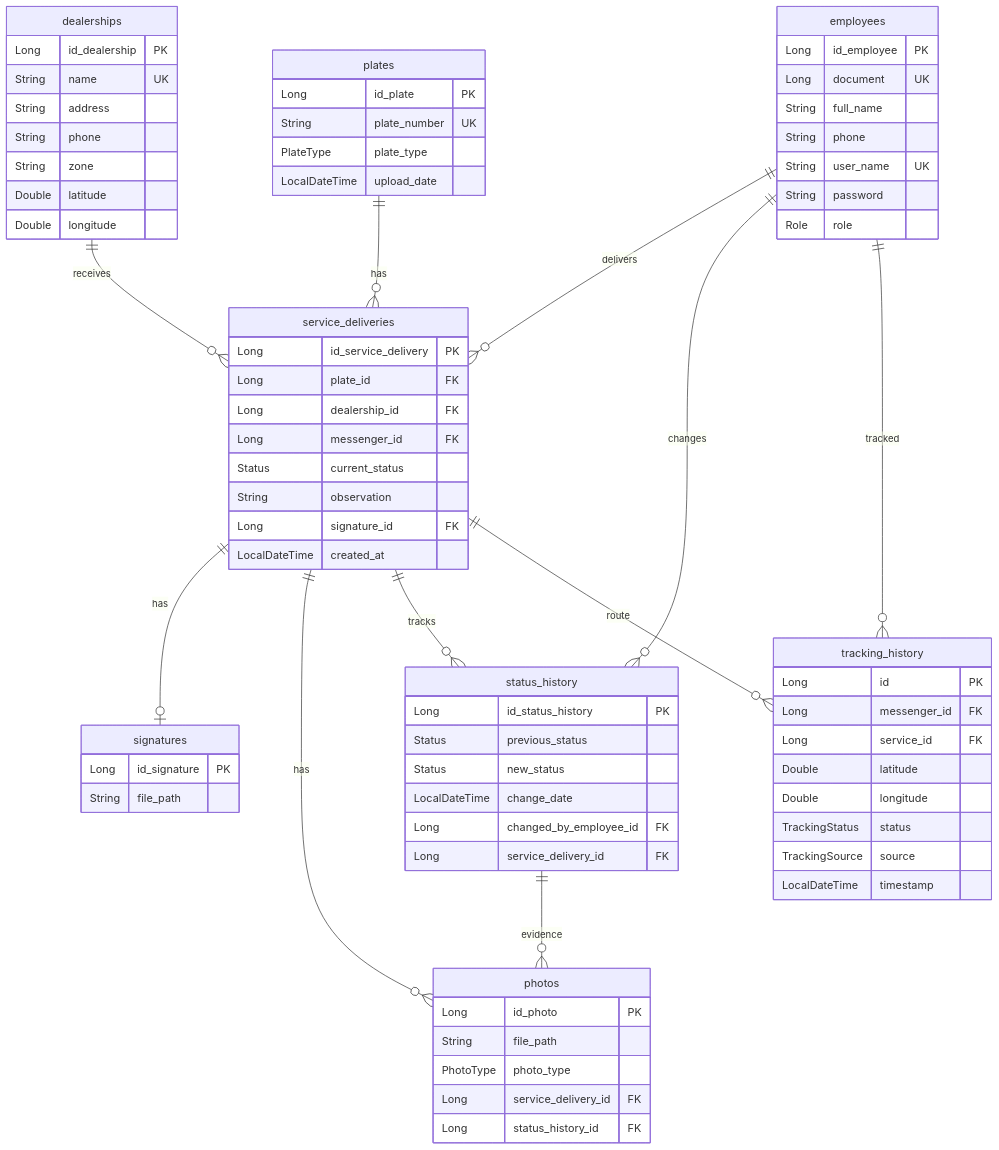
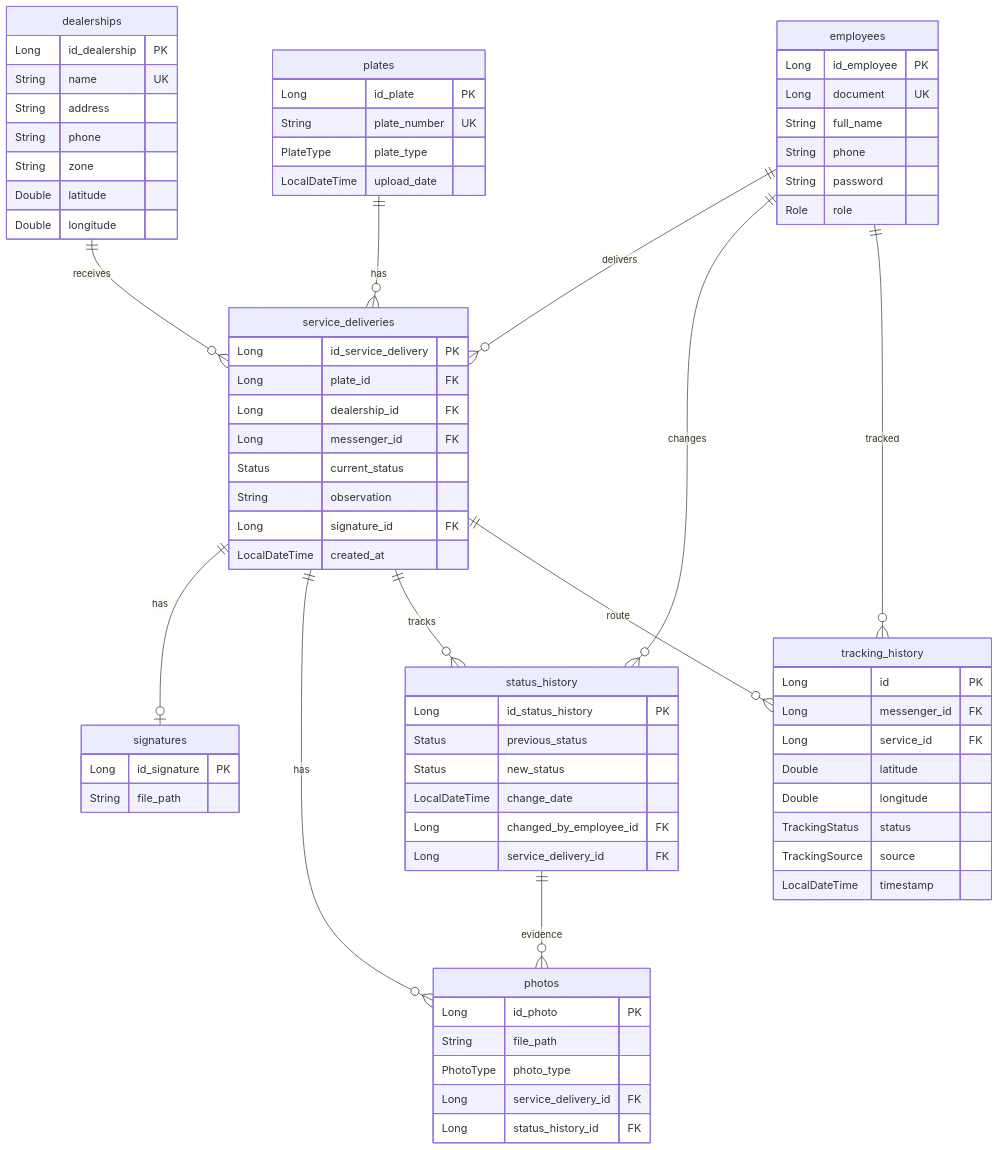
Before and after one commit to fttmatteo/messenger-backend: the fifth of 6 diagrams in README.md, drawn with Mermaid. The commit also changed other lines of this file and 1 other file, not shown here.

```diff
--- a/README.md
+++ b/README.md
@@ -620,7 +1038,7 @@
         Long document UK
         String full_name
         String phone
-        String user_name UK
+
         String password
         Role role
     }
```
